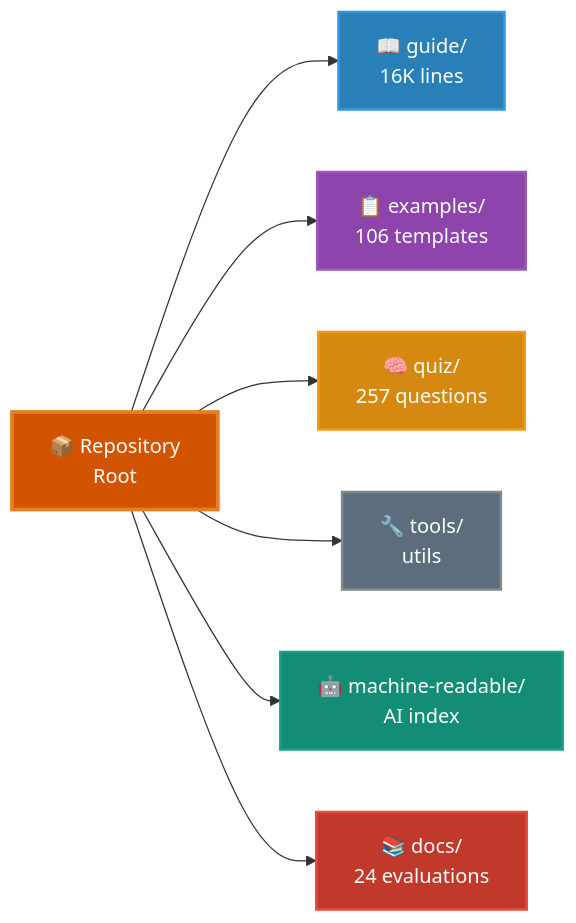
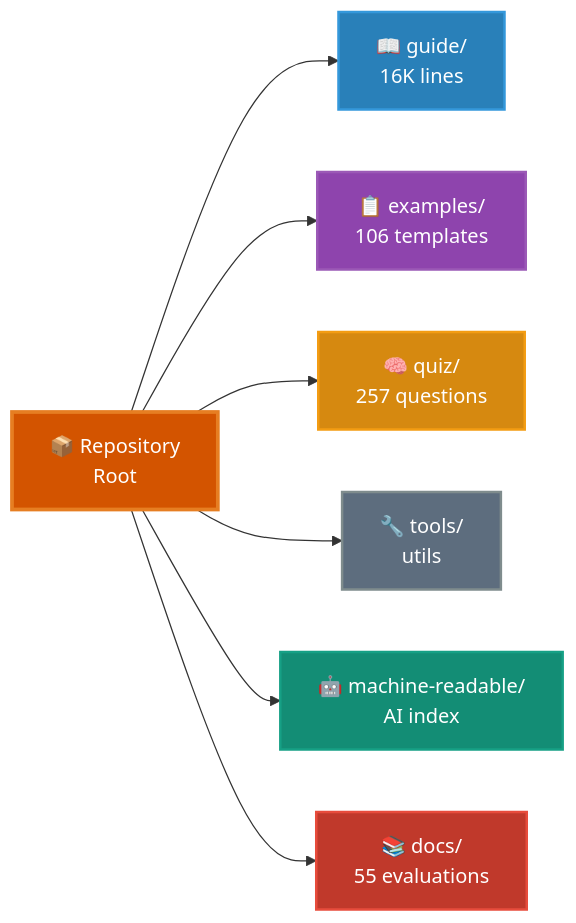
Before and after one commit to scostello/claude-code-ultimate-guide: the diagram in README.md, drawn with Mermaid. The commit also changed other lines of this file and 6 other files, not shown here.

````diff
--- a/README.md
+++ b/README.md
@@ -65,19 +65,19 @@
 ```mermaid
 graph LR
     root[📦 Repository<br/>Root]
 
     root --> guide[📖 guide/<br/>16K lines]
     root --> examples[📋 examples/<br/>106 templates]
     root --> quiz[🧠 quiz/<br/>257 questions]
     root --> tools[🔧 tools/<br/>utils]
     root --> machine[🤖 machine-readable/<br/>AI index]
-    root --> docs[📚 docs/<br/>24 evaluations]
+    root --> docs[📚 docs/<br/>55 evaluations]
 
     style root fill:#d35400,stroke:#e67e22,stroke-width:3px,color:#fff
     style guide fill:#2980b9,stroke:#3498db,stroke-width:2px,color:#fff
     style examples fill:#8e44ad,stroke:#9b59b6,stroke-width:2px,color:#fff
     style quiz fill:#d68910,stroke:#f39c12,stroke-width:2px,color:#fff
     style tools fill:#5d6d7e,stroke:#7f8c8d,stroke-width:2px,color:#fff
     style machine fill:#138d75,stroke:#16a085,stroke-width:2px,color:#fff
     style docs fill:#c0392b,stroke:#e74c3c,stroke-width:2px,color:#fff
 ```
````
